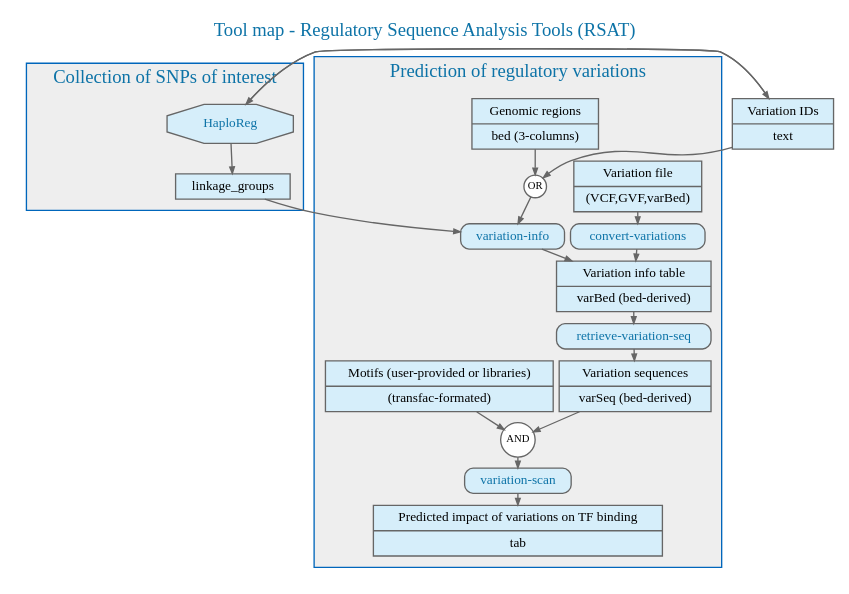
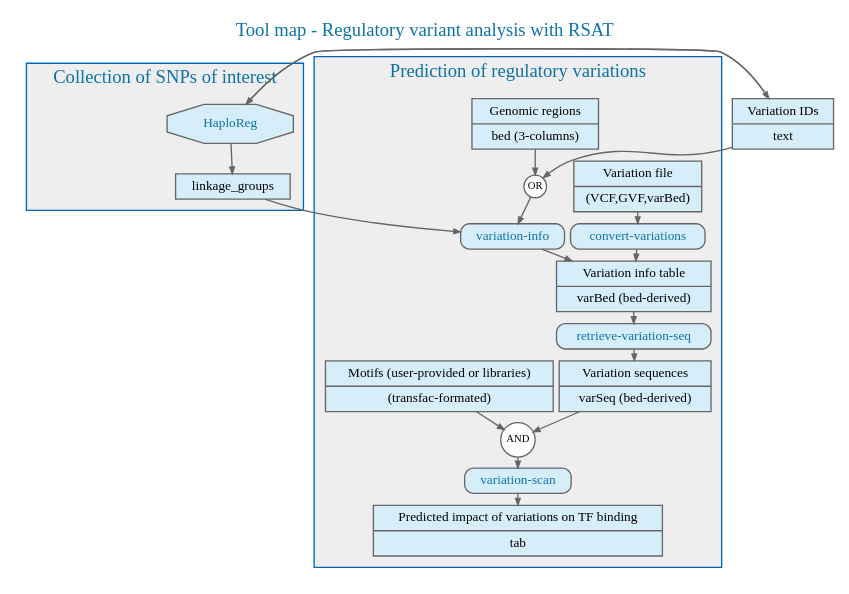
One commit to rsa-tools/rsat-code changed the diagram in doc/flowcharts/regulatory_variations.dot. Above: the diagram before and after it, drawn with Graphviz. The commit also changed 6 other files, not shown here.

```diff
--- a/doc/flowcharts/regulatory_variations.dot
+++ b/doc/flowcharts/regulatory_variations.dot
@@ -1,71 +1,71 @@
 ################################################################
 ## Tool map of the tools to analyze regulatory variants in 
 ## Regulatory Sequence Analysis Tools (RSAT)
 ##
 ## Author: Jacques van Helden
 
 digraph {
 	## General properties of the graph (font, color, ...)
-	graph [fontname="ArialBlack",fontsize="14", label="Tool map - Regulatory Sequence Analysis Tools (RSAT)" labelloc="t", fontcolor="#0066BB", nodesep="0.05", ranksep="0.1", URL="http://teaching.rsat.eu/", fontcolor="#0D73A7"];
+	graph [fontname="ArialBlack",fontsize="14", label="Tool map - Regulatory variant analysis with RSAT" labelloc="t", fontcolor="#0066BB", nodesep="0.05", ranksep="0.1", URL="http://teaching.rsat.eu/", fontcolor="#0D73A7"];
 	edge [fontname="ArialMT",fontsize="10",labelfontname="ArialMT",labelfontsize="10", arrowsize="0.5", color="#666666"];
 	node [fontname="ArialMT",fontsize="10",shape=record,height="0.2", color="#666666"];
 
 
   ## External tools to collect variations
   subgraph cluster_1 {
 		color="#0066BB";
 		bgcolor="#EEEEEE";
 		label = "Collection of SNPs of interest";
 		
     haploreg  [shape="octagon", style="filled", fillcolor="#D6EEFA", label="HaploReg", URL="http://www.broadinstitute.org/mammals/haploreg/haploreg.php", fontcolor="#0D73A7"];
     haploreg -> linkage_groups
     linkage_groups  [shape="record", style="filled", fillcolor="#D6EEFA", label="{linkage_groups}"];
   }
 
     variation_ids  [shape="record", style="filled", fillcolor="#D6EEFA", label="{Variation IDs|text}"];
     variation_ids -> haploreg
     haploreg -> variation_ids
     variation_ids -> 	variation_info_input
 
   ## Prediction of regulatory variations
   subgraph cluster_0 {
   	   	color="#0066BB";
 		bgcolor="#EEEEEE";
 		label = "Prediction of regulatory variations";
 
     genomic_regions  [shape="record", style="filled", fillcolor="#D6EEFA", label="{Genomic regions|bed (3-columns)}"];
     genomic_regions -> 	variation_info_input
     variation_info_input  [shape="circle", style="filled", fillcolor="#FFFFFF", label="OR" fontsize=8 width="0.001" height="0.001" margin="0"];
 
     ## Convert variation formats
     variation_file  [shape="record", style="filled", fillcolor="#D6EEFA", label="{Variation file|(VCF,GVF,varBed)}"];
     variation_file -> convert_variations
     convert_variations  [shape="record", style="rounded, filled", fillcolor="#D6EEFA", label="{convert-variations}", URL="http://teaching.rsat.eu/convert-variations_form.cgi", fontcolor="#0D73A7"];
     convert_variations -> variation_info_table
 
     ## Information about variations
     linkage_groups -> variation_info
     variation_info_input -> variation_info
     variation_info  [shape="record", style="rounded, filled", fillcolor="#D6EEFA", label="{variation-info}", URL="http://teaching.rsat.eu/variation-info_form.cgi", fontcolor="#0D73A7"];
     variation_info -> variation_info_table
     variation_info_table  [shape="record", style="filled", fillcolor="#D6EEFA", label="{Variation info table|varBed (bed-derived)}"];
 
     ## Retrieve-variations
     variation_info_table -> retrieve_variation_seq
     retrieve_variation_seq  [shape="record", style="rounded, filled", fillcolor="#D6EEFA", label="{retrieve-variation-seq}", URL="http://teaching.rsat.eu/retrieve-variation-seq_form.cgi", fontcolor="#0D73A7"];
     retrieve_variation_seq -> variation_sequences
     variation_sequences   [shape="record", style="filled", fillcolor="#D6EEFA", label="{Variation sequences|varSeq (bed-derived)}"];
 
     motifs   [shape="record", style="filled", fillcolor="#D6EEFA", label="{Motifs (user-provided or libraries)|(transfac-formated)}"];
 
     variation_sequences -> variation_scan_input
     motifs -> variation_scan_input
 
     variation_scan_input [shape="circle", style="filled", fillcolor="#FFFFFF", label="AND" fontsize=8 width="0.001" height="0.001" margin="0"];
     variation_scan_input -> variation_scan
     variation_scan  [shape="record", style="rounded, filled", fillcolor="#D6EEFA", label="{variation-scan}", URL="http://teaching.rsat.eu/variation-scan_form.cgi", fontcolor="#0D73A7"];
     variation_scan -> variation_impact
     variation_impact   [shape="record", style="filled", fillcolor="#D6EEFA", label="{Predicted impact of variations on TF binding|tab}"];
   }    
 
 }
```
